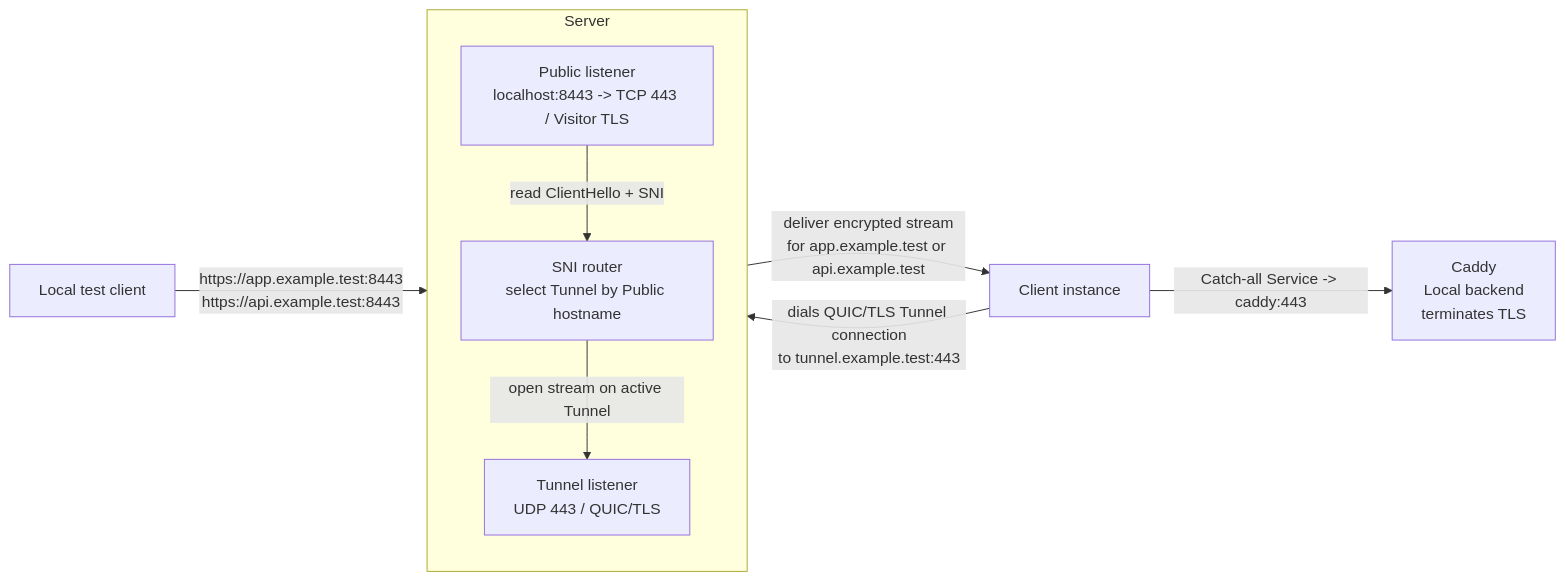
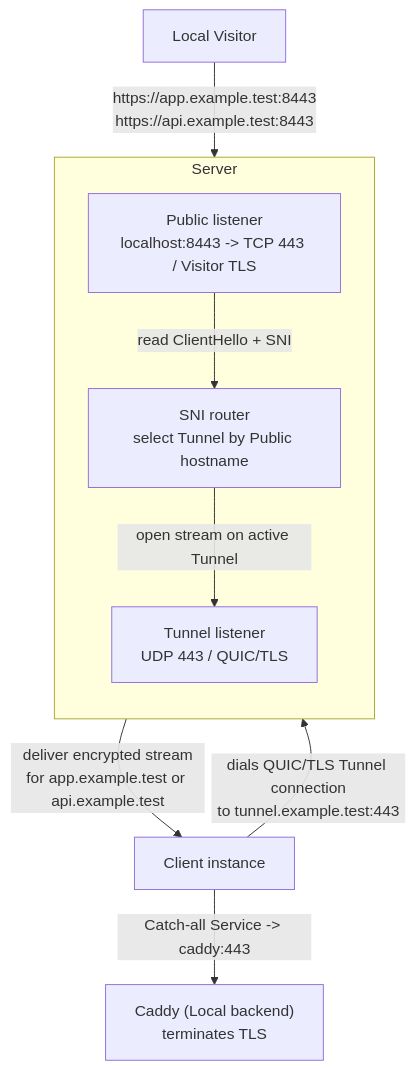
One commit to runewarp/runewarp changed the diagram in examples/docker/README.md. Above: the diagram before and after it, drawn with Mermaid. The commit also changed 2 other files, not shown here.

Commit message:
Diagrams

````diff
--- a/examples/docker/README.md
+++ b/examples/docker/README.md
@@ -14,21 +14,21 @@
 ```mermaid
-flowchart LR
-    V["Local test client"]
+flowchart TD
+    V["Local Visitor"]
     C["Client instance"]
-    B["Caddy<br/>Local backend<br/>terminates TLS"]
+    B["Caddy (Local backend)<br/>terminates TLS"]
 
     subgraph S["Server"]
         direction TB
         P["Public listener<br/>localhost:8443 -> TCP 443 / Visitor TLS"]
         R["SNI router<br/>select Tunnel by Public hostname"]
         U["Tunnel listener<br/>UDP 443 / QUIC/TLS"]
 
         P -->|"read ClientHello + SNI"| R
         R -->|"open stream on active Tunnel"| U
     end
 
     V -->|"https://app.example.test:8443<br/>https://api.example.test:8443"| P
     C -->|"dials QUIC/TLS Tunnel connection<br/>to tunnel.example.test:443"| U
     U -->|"deliver encrypted stream<br/>for app.example.test or api.example.test"| C
     C -->|"Catch-all Service -> caddy:443"| B
 ```
````
